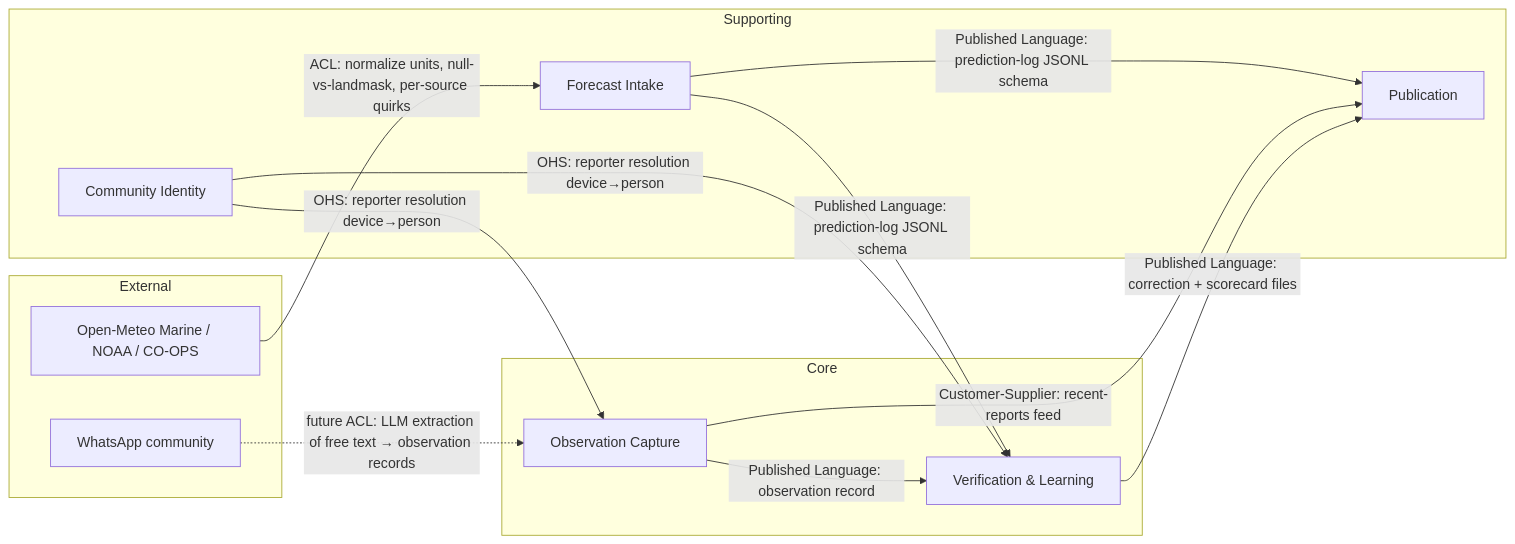
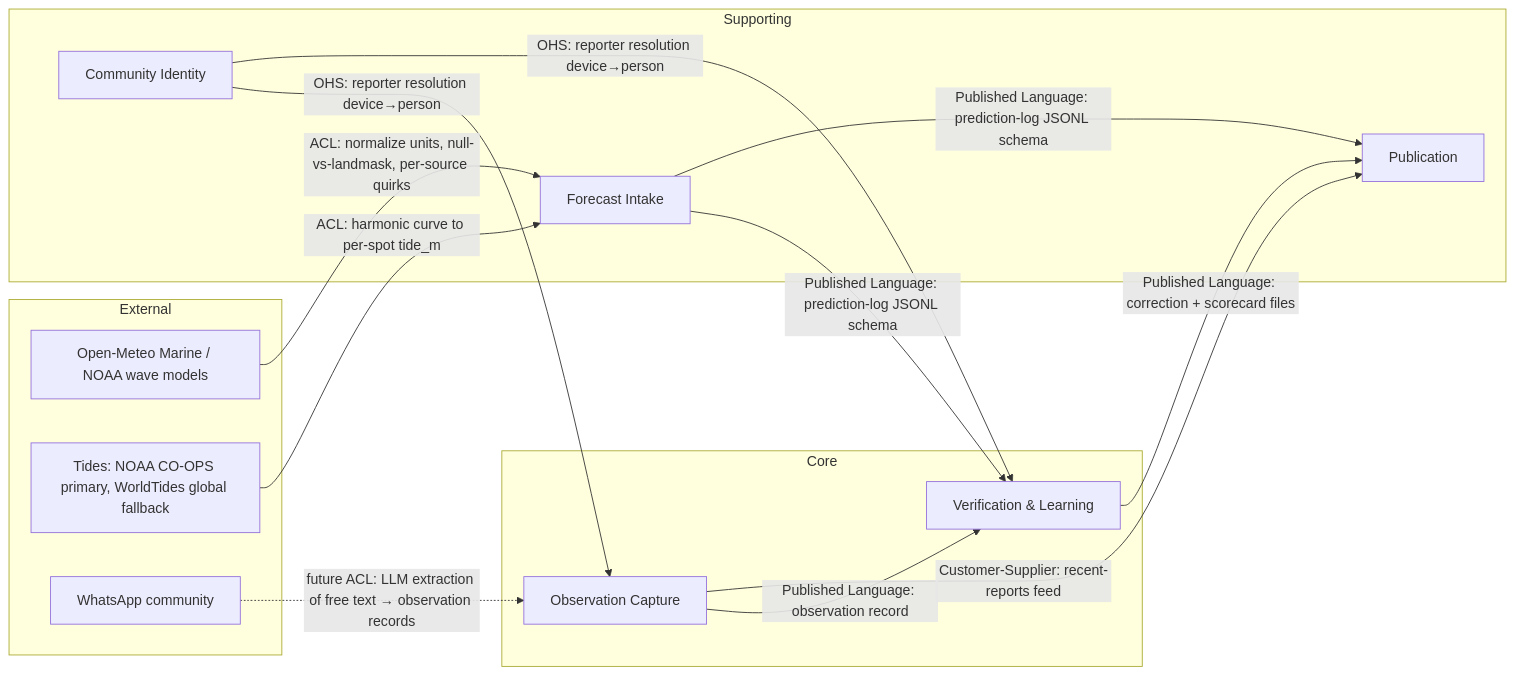
Before and after one commit to AndresPonce507/surfs-up-panama: the first of 2 diagrams in docs/product/architecture/domain-model.md, drawn with Mermaid. The commit also changed other lines of this file and 9 other files, not shown here.

````diff
--- a/docs/product/architecture/domain-model.md
+++ b/docs/product/architecture/domain-model.md
@@ -34,26 +34,28 @@
 ```mermaid
 flowchart LR
     subgraph Core
         C2[Observation Capture]
         C3[Verification & Learning]
     end
     subgraph Supporting
         C1[Forecast Intake]
         C4[Publication]
         C5[Community Identity]
     end
     subgraph External
-        OM[Open-Meteo Marine / NOAA / CO-OPS]
+        OM[Open-Meteo Marine / NOAA wave models]
+        TD[Tides: NOAA CO-OPS primary, WorldTides global fallback]
         WA[WhatsApp community]
     end
 
     OM -->|ACL: normalize units, null-vs-landmask, per-source quirks| C1
+    TD -->|ACL: harmonic curve to per-spot tide_m| C1
     C1 -->|Published Language: prediction-log JSONL schema| C3
     C1 -->|Published Language: prediction-log JSONL schema| C4
     C2 -->|Published Language: observation record| C3
     C2 -->|Customer-Supplier: recent-reports feed| C4
     C3 -->|Published Language: correction + scorecard files| C4
     C5 -->|OHS: reporter resolution device→person| C2
     C5 -->|OHS: reporter resolution device→person| C3
     WA -.->|future ACL: LLM extraction of free text → observation records| C2
 ```
````
